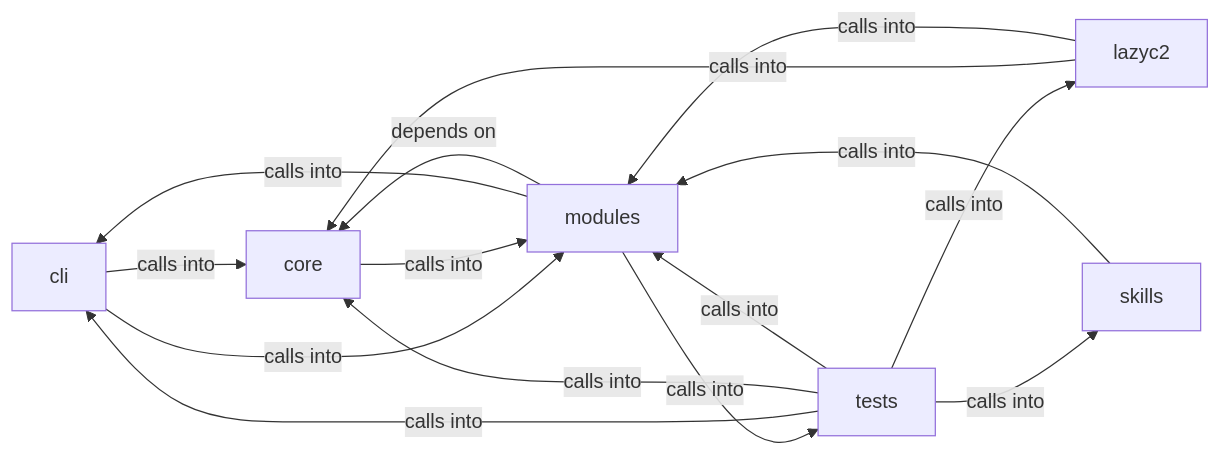
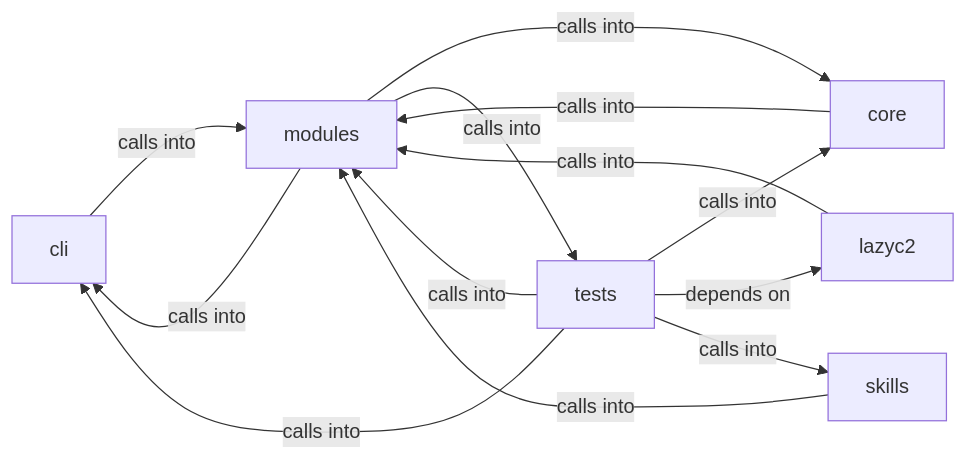
Before and after one commit to grisuno/LazyOwn: the diagram in readmenator-diagrams/modules_lazy_loop.md, drawn with Mermaid. The commit also changed other lines of this file and 424 other files, not shown here.

````diff
--- a/readmenator-diagrams/modules_lazy_loop.md
+++ b/readmenator-diagrams/modules_lazy_loop.md
@@ -5,23 +5,21 @@
 ```mermaid
 graph LR
     cli["cli"]
     core["core"]
     lazyc2["lazyc2"]
     modules["modules"]
     skills["skills"]
     tests["tests"]
-    cli -- "calls into" --> core
     cli -- "calls into" --> modules
     core -- "calls into" --> modules
-    lazyc2 -- "calls into" --> core
     lazyc2 -- "calls into" --> modules
     modules -- "calls into" --> cli
-    modules -- "depends on" --> core
+    modules -- "calls into" --> core
     modules -- "calls into" --> tests
     skills -- "calls into" --> modules
     tests -- "calls into" --> cli
     tests -- "calls into" --> core
-    tests -- "calls into" --> lazyc2
+    tests -- "depends on" --> lazyc2
     tests -- "calls into" --> modules
     tests -- "calls into" --> skills
 ```
````
